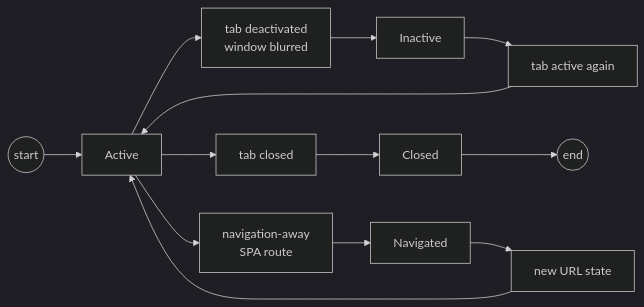
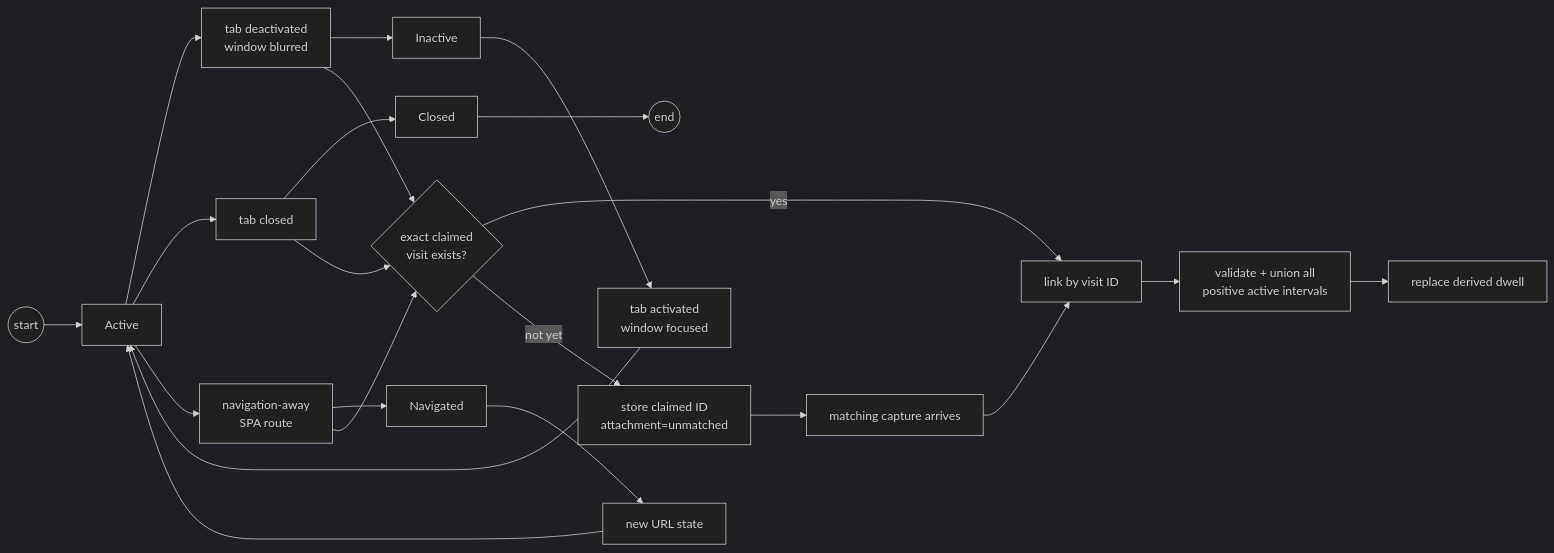
Before and after one commit to michaelnicks0/browser-memory-daemon: the sixth of 8 diagrams in docs/DIAGRAMS.md, drawn with Mermaid (dark theme). The commit also changed other lines of this file and 30 other files, not shown here.

Commit message:
refactor(lifecycle): use visit identity and interval-union dwell

````diff
--- a/docs/DIAGRAMS.md
+++ b/docs/DIAGRAMS.md
@@ -138,9 +138,17 @@
 ```mermaid
 flowchart LR
   Start(("start")) --> Active["Active"]
   Active --> Deactivate["tab deactivated<br/>window blurred"] --> Inactive["Inactive"]
-  Inactive --> Reactivate["tab active again"] --> Active
+  Inactive --> Reactivate["tab activated<br/>window focused"] --> Active
   Active --> Close["tab closed"] --> Closed["Closed"] --> End(("end"))
   Active --> Navigate["navigation-away<br/>SPA route"] --> Navigated["Navigated"]
   Navigated --> NewURL["new URL state"] --> Active
+  Deactivate --> Identity{"exact claimed<br/>visit exists?"}
+  Close --> Identity
+  Navigate --> Identity
+  Identity -->|yes| Link["link by visit ID"]
+  Identity -->|not yet| Pending["store claimed ID<br/>attachment=unmatched"]
+  Pending --> Capture["matching capture arrives"] --> Link
+  Link --> Union["validate + union all<br/>positive active intervals"]
+  Union --> Dwell["replace derived dwell"]
 ```
````
